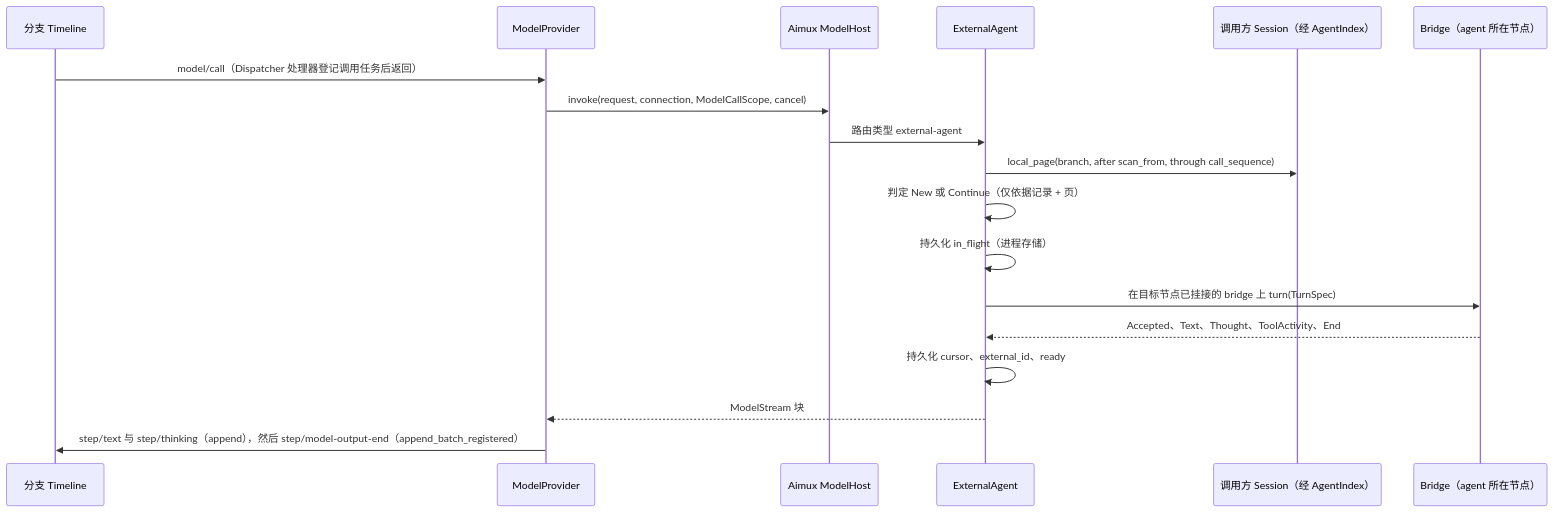
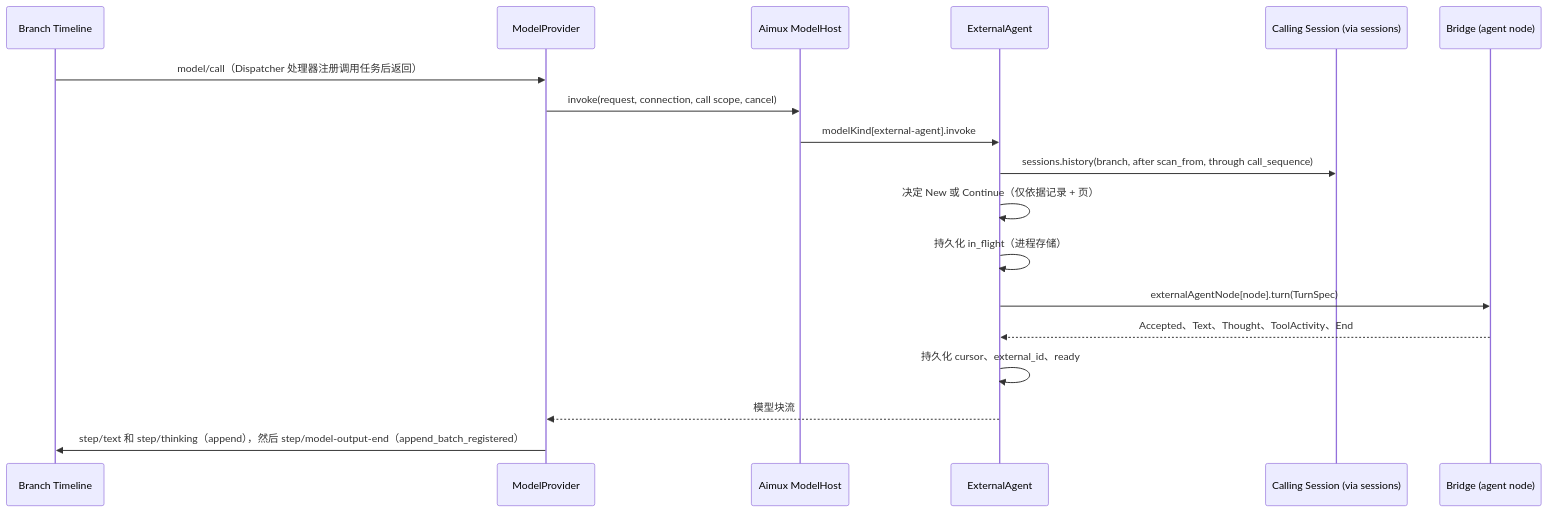
Before and after one commit to CoutinhoTTS/dim-agent: the third of 5 diagrams in docs/zh/design/plugins/ExternalAgent.md, drawn with Mermaid. The commit also changed other lines of this file and 18 other files, not shown here.

````diff
--- a/docs/zh/design/plugins/ExternalAgent.md
+++ b/docs/zh/design/plugins/ExternalAgent.md
@@ -96,20 +95,20 @@
 ```mermaid
 sequenceDiagram
-  participant TL as 分支 Timeline
+  participant TL as Branch Timeline
   participant MP as ModelProvider
   participant MH as Aimux ModelHost
   participant EA as ExternalAgent
-  participant SA as 调用方 Session（经 AgentIndex）
-  participant BR as Bridge（agent 所在节点）
-  TL->>MP: model/call（Dispatcher 处理器登记调用任务后返回）
-  MP->>MH: invoke(request, connection, ModelCallScope, cancel)
-  MH->>EA: 路由类型 external-agent
-  EA->>SA: local_page(branch, after scan_from, through call_sequence)
-  EA->>EA: 判定 New 或 Continue（仅依据记录 + 页）
+  participant SA as Calling Session (via sessions)
+  participant BR as Bridge (agent node)
+  TL->>MP: model/call（Dispatcher 处理器注册调用任务后返回）
+  MP->>MH: invoke(request, connection, call scope, cancel)
+  MH->>EA: modelKind[external-agent].invoke
+  EA->>SA: sessions.history(branch, after scan_from, through call_sequence)
+  EA->>EA: 决定 New 或 Continue（仅依据记录 + 页）
   EA->>EA: 持久化 in_flight（进程存储）
-  EA->>BR: 在目标节点已挂接的 bridge 上 turn(TurnSpec)
+  EA->>BR: externalAgentNode[node].turn(TurnSpec)
   BR-->>EA: Accepted、Text、Thought、ToolActivity、End
   EA->>EA: 持久化 cursor、external_id、ready
-  EA-->>MP: ModelStream 块
-  MP->>TL: step/text 与 step/thinking（append），然后 step/model-output-end（append_batch_registered）
+  EA-->>MP: 模型块流
+  MP->>TL: step/text 和 step/thinking（append），然后 step/model-output-end（append_batch_registered）
 ```
````
